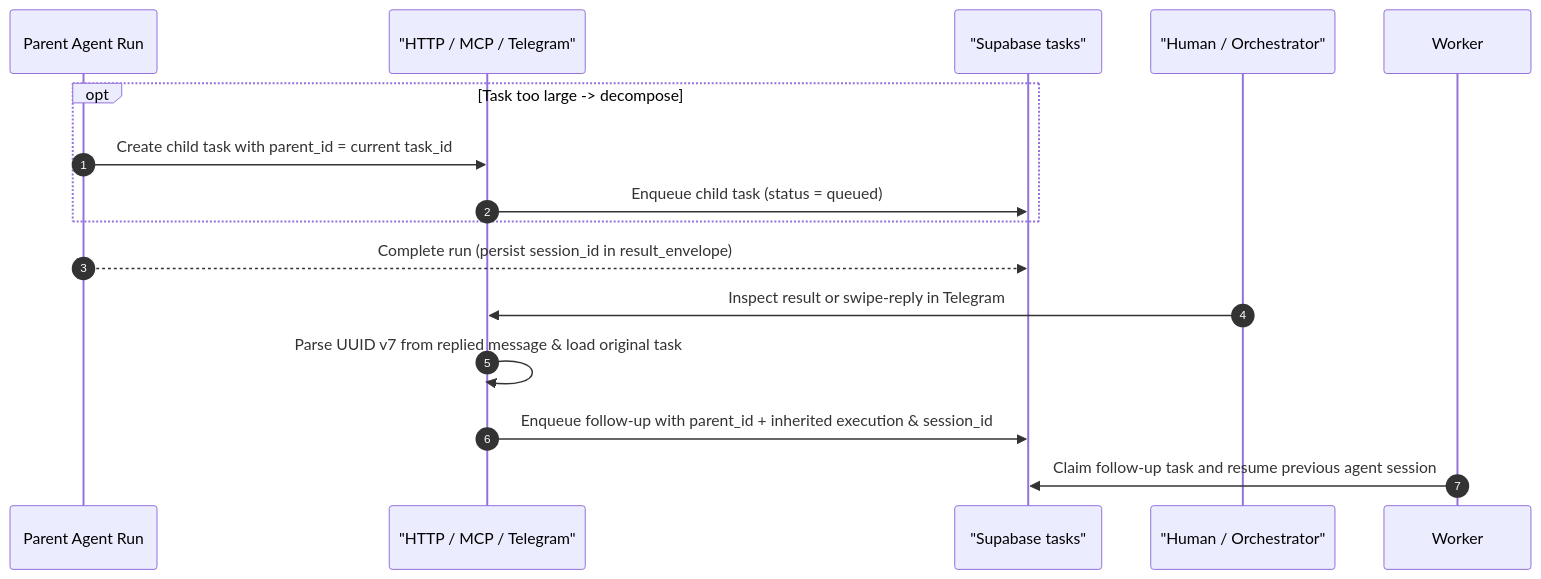
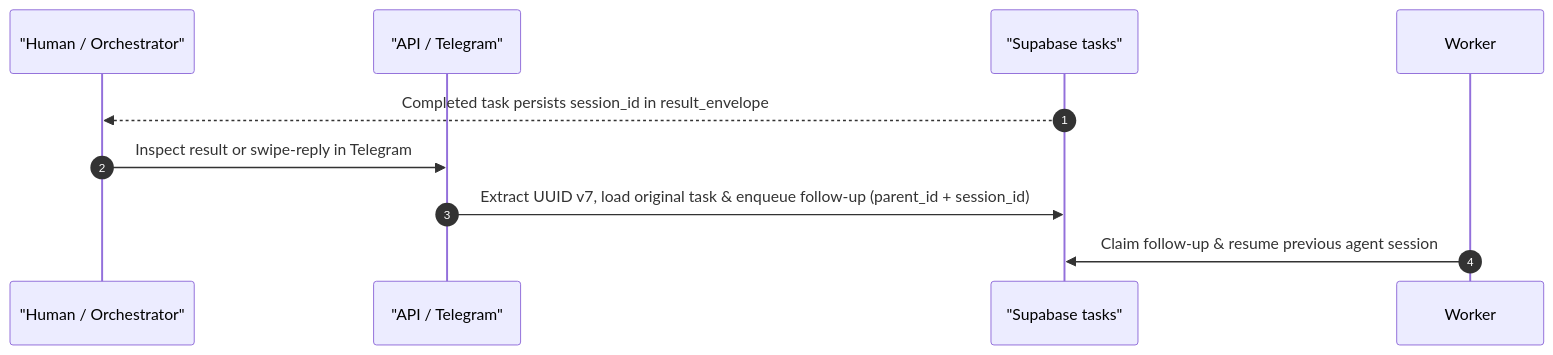
Before and after one commit to anlew2k2/task-aside: the third of 3 diagrams in docs/seq-recovery-and-hitl.md, drawn with Mermaid. The commit also changed other lines of this file and 32 other files, not shown here.

````diff
--- a/docs/seq-recovery-and-hitl.md
+++ b/docs/seq-recovery-and-hitl.md
@@ -26,19 +40,13 @@
 ```mermaid
 sequenceDiagram
   autonumber
-  participant Parent as Parent Agent Run
-  participant Core as "HTTP / MCP / Telegram"
+  participant H as "Human / Orchestrator"
+  participant Core as "API / Telegram"
   participant DB as "Supabase tasks"
-  participant Human as "Human / Orchestrator"
-  participant Worker as Worker
+  participant W as Worker
 
-  opt Task too large -> decompose
-    Parent->>Core: Create child task with parent_id = current task_id
-    Core->>DB: Enqueue child task (status = queued)
-  end
-  Parent-->>DB: Complete run (persist session_id in result_envelope)
-  Human->>Core: Inspect result or swipe-reply in Telegram
-  Core->>Core: Parse UUID v7 from replied message & load original task
-  Core->>DB: Enqueue follow-up with parent_id + inherited execution & session_id
-  Worker->>DB: Claim follow-up task and resume previous agent session
+  DB-->>H: Completed task persists session_id in result_envelope
+  H->>Core: Inspect result or swipe-reply in Telegram
+  Core->>DB: Extract UUID v7, load original task & enqueue follow-up (parent_id + session_id)
+  W->>DB: Claim follow-up & resume previous agent session
 ```
````
